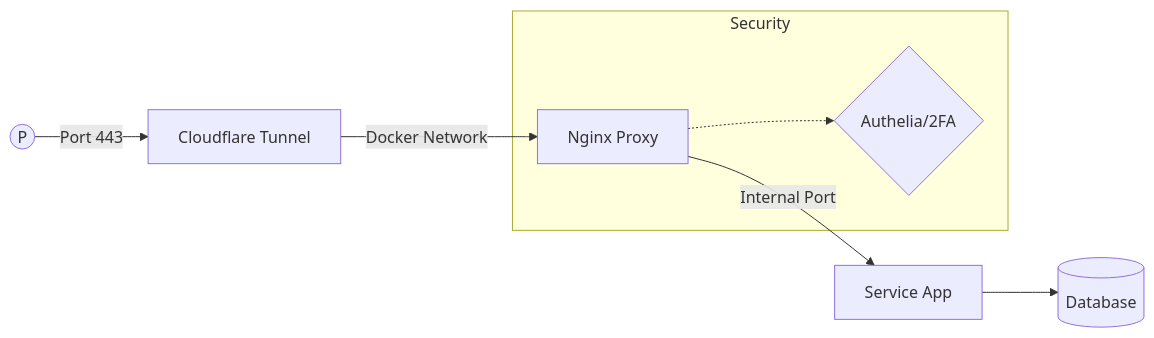
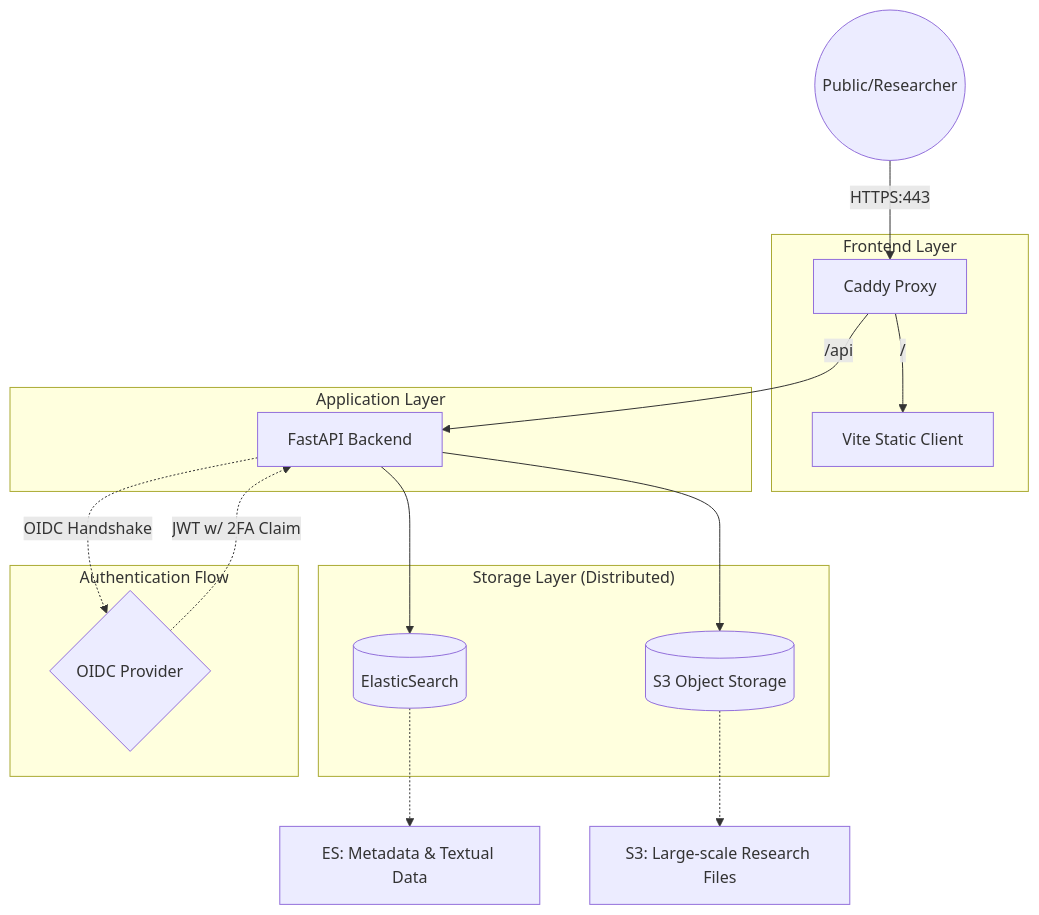
Before and after one commit to kasperwelbers/societal-analytics-lab-infra: the diagram in docs/amcat.md, drawn with Mermaid. The commit also changed other lines of this file and 2 other files, not shown here.

Commit message:
basic setup

````diff
--- a/docs/amcat.md
+++ b/docs/amcat.md
@@ -5,11 +7,27 @@
 ```mermaid
-graph LR
-    User((P)) -->|Port 443| CF[Cloudflare Tunnel]
-    CF -->|Docker Network| Nginx[Nginx Proxy]
-    Nginx -->|Internal Port| App[Service App]
-    App --> DB[(Database)]
+graph TD
+    User((Public/Researcher)) -->|HTTPS:443| Caddy[Caddy Proxy]
     
-    subgraph Security
-    Nginx -.-> Auth{Authelia/2FA}
+    subgraph "Frontend Layer"
+        Caddy -->|/| Vite[Vite Static Client]
     end
+
+    subgraph "Application Layer"
+        Caddy -->|/api| FastAPI[FastAPI Backend]
+    end
+    
+    subgraph "Storage Layer (Distributed)"
+        FastAPI --> ES[(ElasticSearch)]
+        FastAPI --> S3[(S3 Object Storage)]
+    end
+
+    subgraph "Authentication Flow"
+        FastAPI -.->|OIDC Handshake| IdP{OIDC Provider}
+        IdP -.->|JWT w/ 2FA Claim| FastAPI
+    end
+    
+    note1[ES: Metadata & Textual Data]
+    note2[S3: Large-scale Research Files]
+    ES -.-> note1
+    S3 -.-> note2
 ```
````
